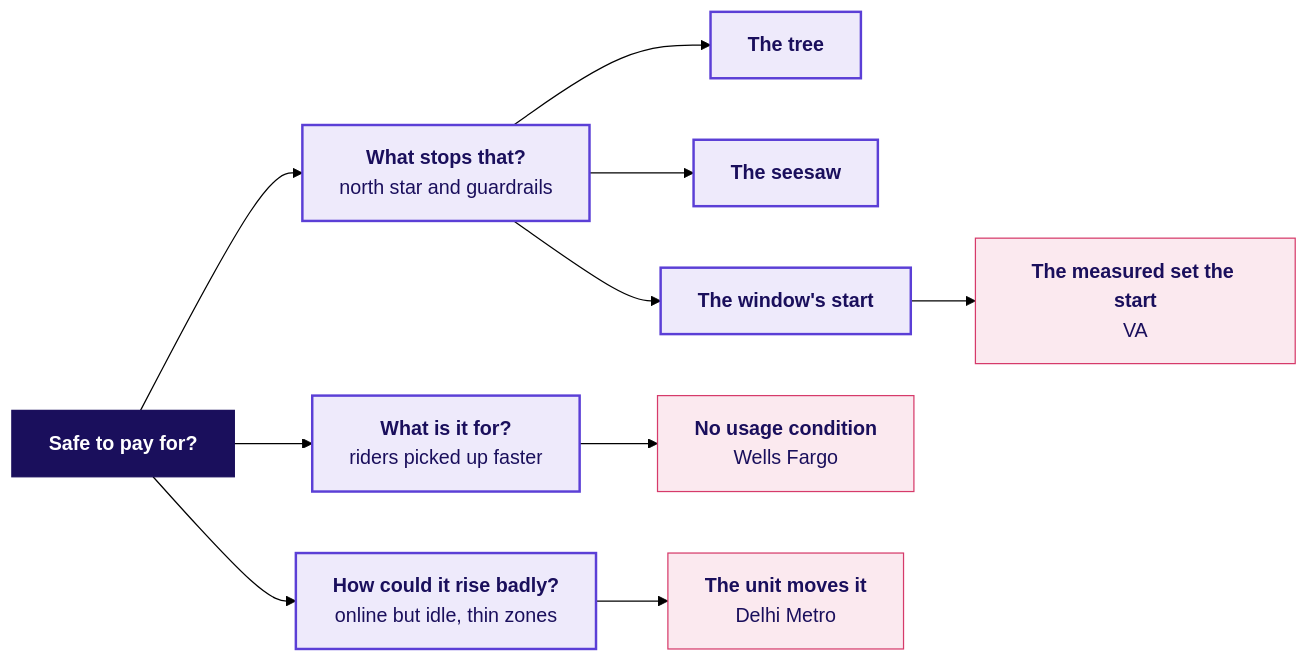
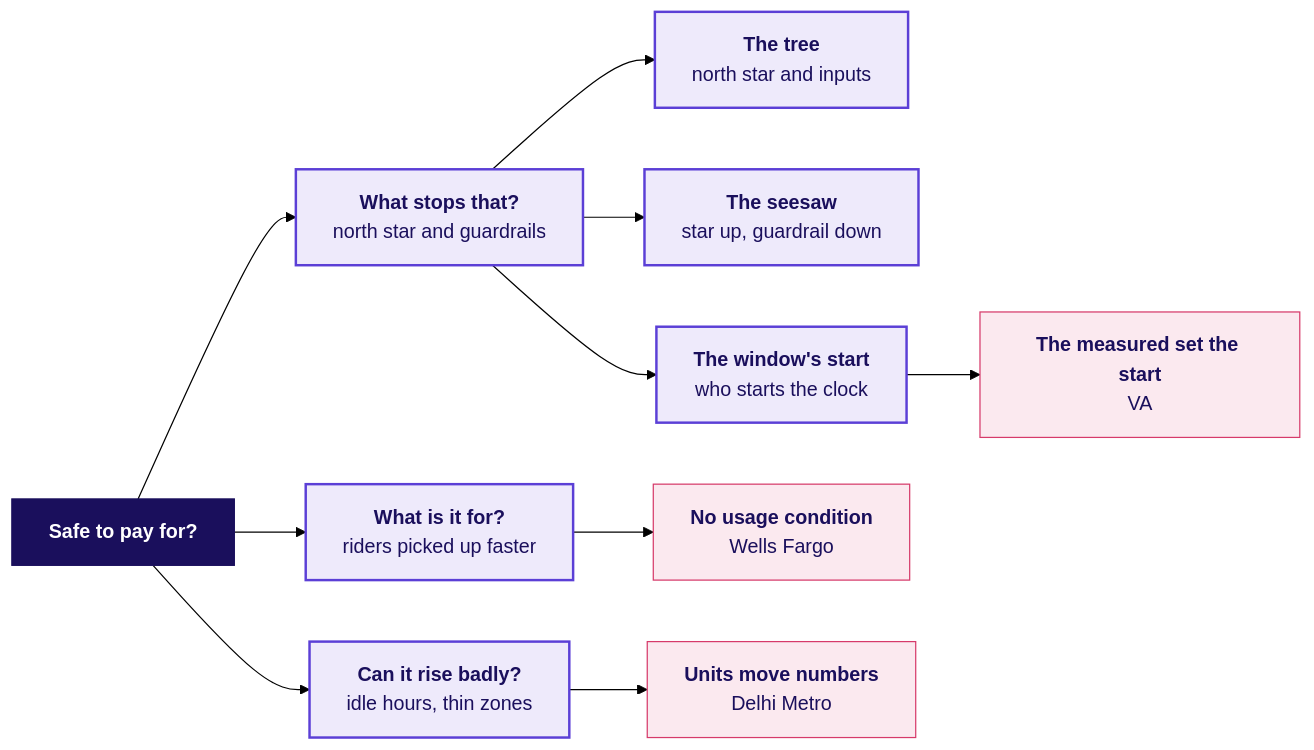
One commit to fde-academy-lab/c2-content-factory changed the diagram in content/W04/D1/cheatsheets/C2_W04_D01_safe_to_pay_STUDENT.md. Above: the diagram before and after it, drawn with Mermaid (forest theme). The commit also changed other lines of this file and 8 other files, not shown here.

````diff
--- a/content/W04/D1/cheatsheets/C2_W04_D01_safe_to_pay_STUDENT.md
+++ b/content/W04/D1/cheatsheets/C2_W04_D01_safe_to_pay_STUDENT.md
@@ -7,28 +7,28 @@
 ```mermaid
 flowchart LR
     Q["<b>Safe to pay for?</b>"]
     Q1["<b>What is it for?</b><br/>riders picked up faster"]
-    Q2["<b>How could it rise badly?</b><br/>online but idle, thin zones"]
+    Q2["<b>Can it rise badly?</b><br/>idle hours, thin zones"]
     Q3["<b>What stops that?</b><br/>north star and guardrails"]
-    S1["<b>The tree</b>"]
-    S2["<b>The seesaw</b>"]
-    S3["<b>The window's start</b>"]
+    S1["<b>The tree</b><br/>north star and inputs"]
+    S2["<b>The seesaw</b><br/>star up, guardrail down"]
+    S3["<b>The window's start</b><br/>who starts the clock"]
     P1["<b>No usage condition</b><br/>Wells Fargo"]
-    P2["<b>The unit moves it</b><br/>Delhi Metro"]
+    P2["<b>Units move numbers</b><br/>Delhi Metro"]
     P3["<b>The measured set the start</b><br/>VA"]
     Q --> Q1
     Q --> Q2
     Q --> Q3
     Q3 --> S1
     Q3 --> S2
     Q3 --> S3
     Q1 --> P1
     Q2 --> P2
     S3 --> P3
     classDef lit fill:#1A0F5C,stroke:#1A0F5C,color:#FFFFFF
     classDef known fill:#EEEAFB,stroke:#5B3FD6,color:#1A0F5C,stroke-width:2px
     classDef bad fill:#FBE9EF,stroke:#D63A6A,color:#1A0F5C
     class Q lit
     class Q1,Q2,Q3,S1,S2,S3 known
     class P1,P2,P3 bad
 ```
````
